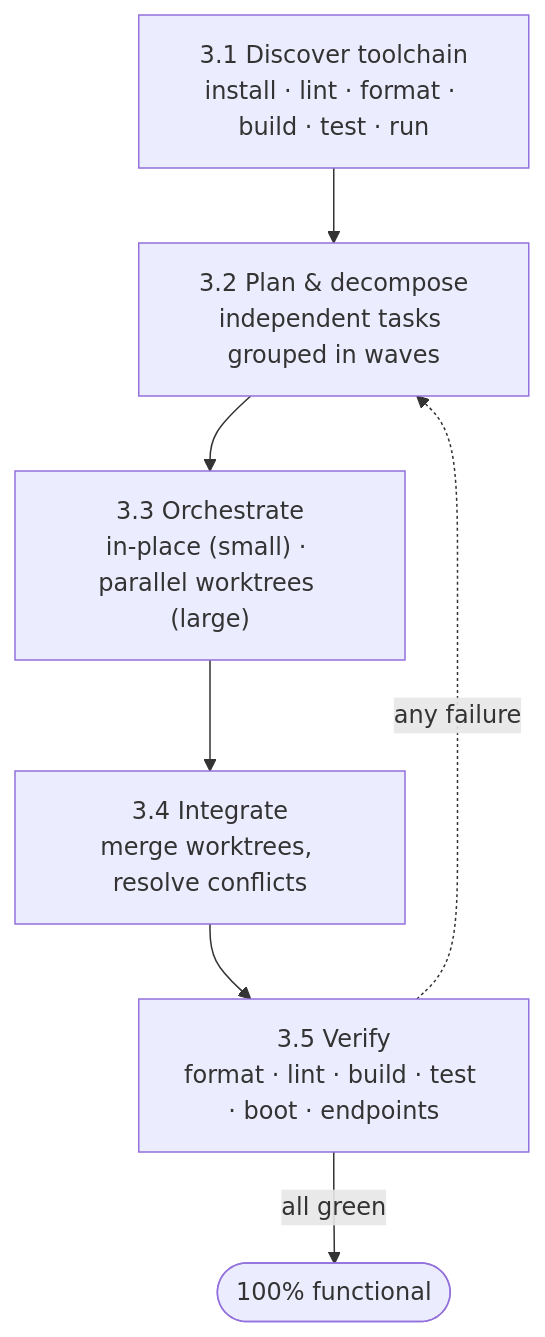
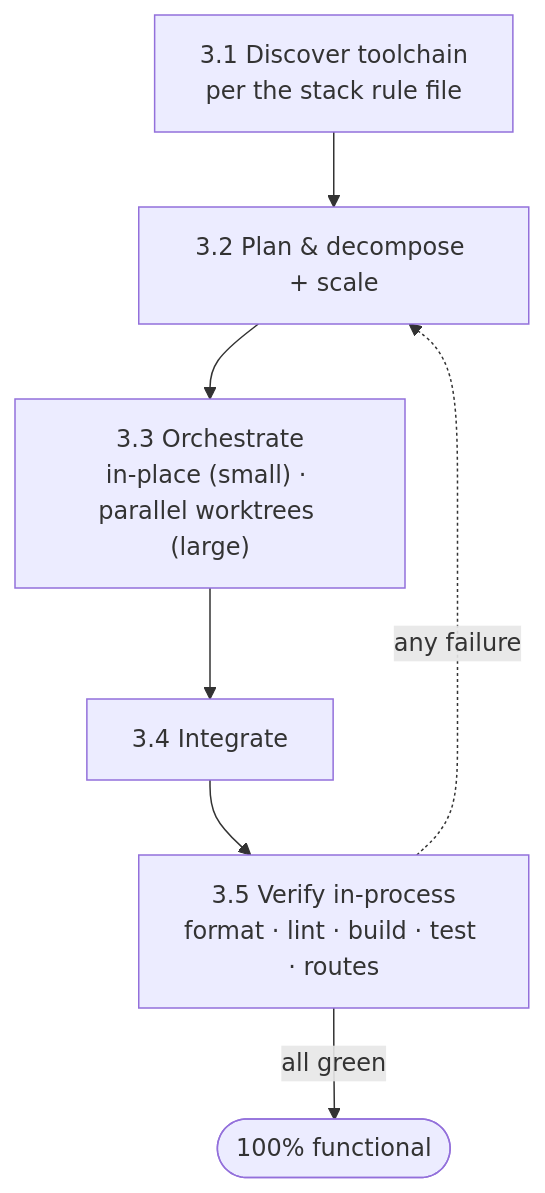
Before and after one commit to yahuchanam/mba-ia-refactor-projects-skill: the second of 2 diagrams in .claude/skills/refactor-arch/SKILL.md, drawn with Mermaid. The commit also changed other lines of this file and 9 other files, not shown here.

````diff
--- a/.claude/skills/refactor-arch/SKILL.md
+++ b/.claude/skills/refactor-arch/SKILL.md
@@ -188,13 +136,13 @@
 ```mermaid
 flowchart TD
-    D["3.1 Discover toolchain<br/>install · lint · format · build · test · run"]
-    P["3.2 Plan & decompose<br/>independent tasks grouped in waves"]
+    D["3.1 Discover toolchain<br/>per the stack rule file"]
+    P["3.2 Plan & decompose + scale"]
     O["3.3 Orchestrate<br/>in-place (small) · parallel worktrees (large)"]
-    I["3.4 Integrate<br/>merge worktrees, resolve conflicts"]
-    V["3.5 Verify<br/>format · lint · build · test · boot · endpoints"]
+    I["3.4 Integrate"]
+    V["3.5 Verify in-process<br/>format · lint · build · test · routes"]
     DONE(["100% functional"])
 
     D --> P --> O --> I --> V
     V -->|all green| DONE
     V -.->|any failure| P
 ```
````
